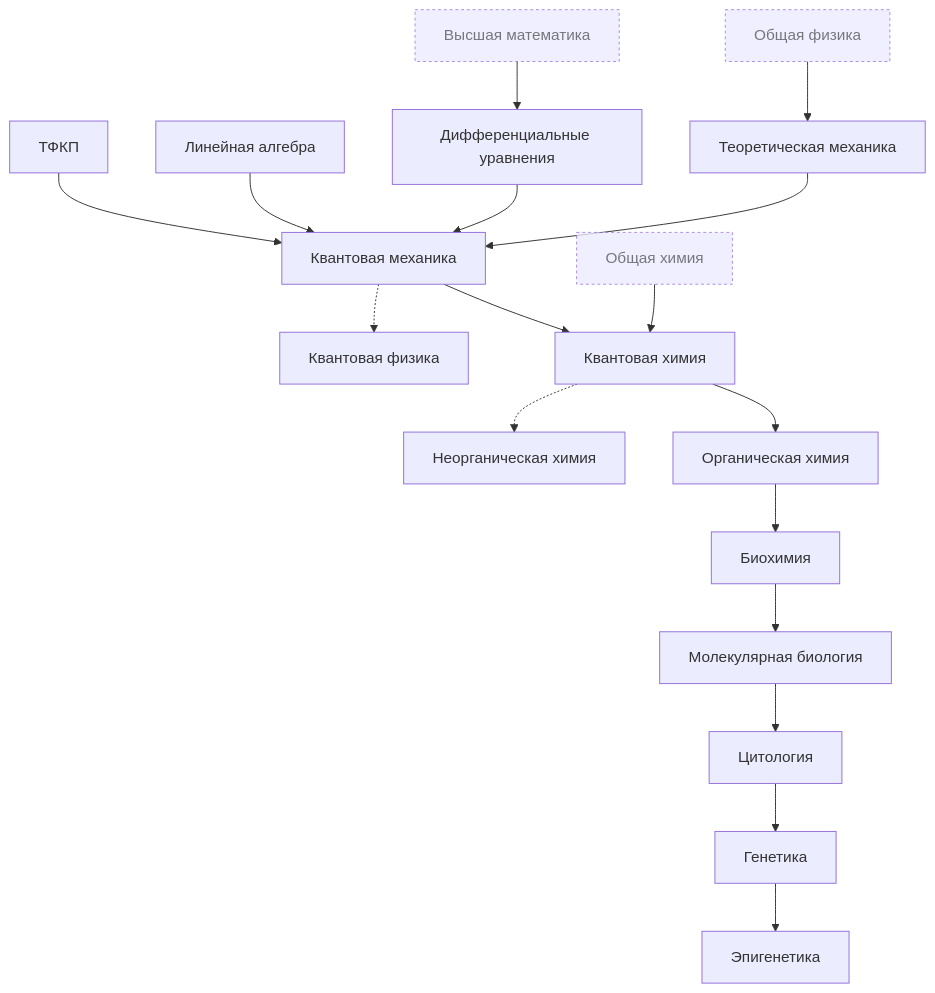
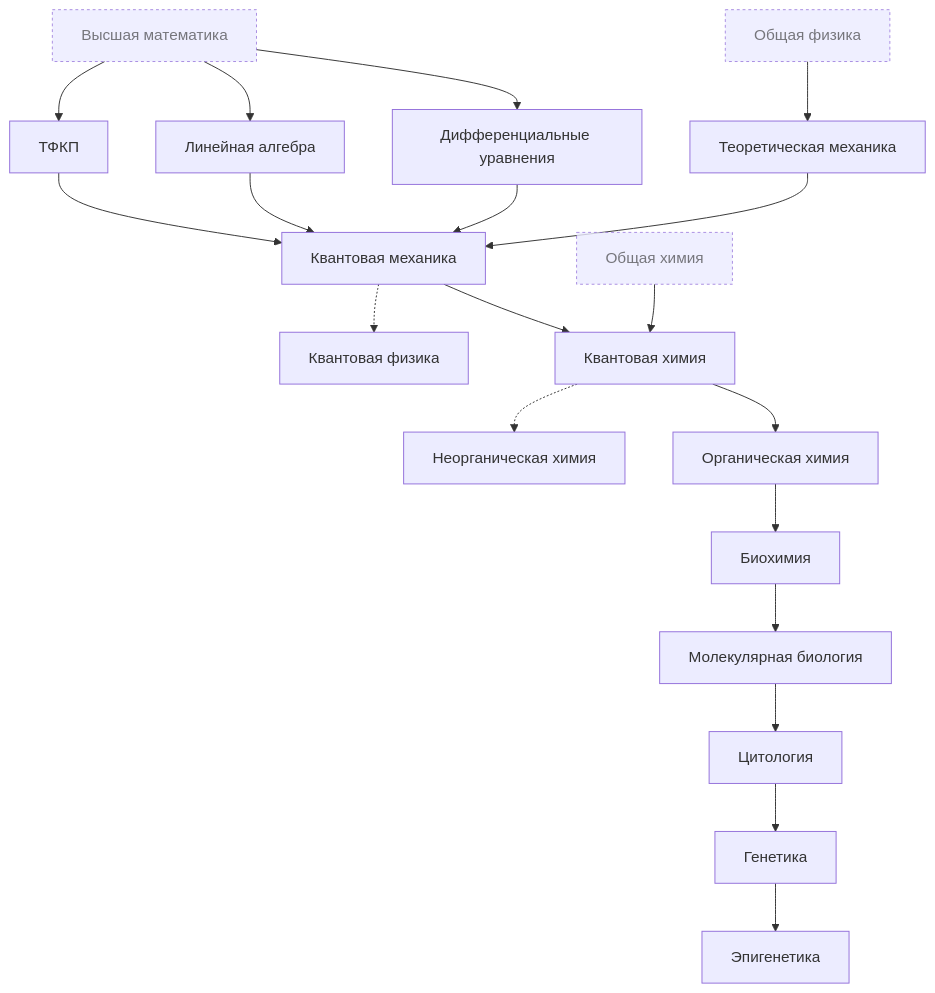
Before and after one commit to prozion/anti-aging-education: the diagram in learning-tracks.md, drawn with Mermaid.

````diff
--- a/learning-tracks.md
+++ b/learning-tracks.md
@@ -7,34 +7,36 @@
 ```mermaid
 flowchart TD;
     Mgen[Высшая математика]:::cond;
     Linal[Линейная алгебра]
     Diffur[Дифференциальные уравнения]
     Tfkp[ТФКП]
     Phgen[Общая физика]:::cond;
     Teormech[Теоретическая механика]
     Qmech[Квантовая механика];
     Phq[Квантовая физика];
     Chgen[Общая химия]:::cond;
     Chnorg[Неорганическая химия];
     Chorg[Органическая химия];
     Chq[Квантовая химия];
     Bioch[Биохимия];
     Molb[Молекулярная биология]
     Cyt[Цитология]
     Gen[Генетика]
     Epi[Эпигенетика]
 
     Chgen --> Chq --> Chorg --> Bioch --> Molb --> Cyt --> Gen --> Epi;
     Chq -.-> Chnorg;
     Phgen --> Teormech --> Qmech --> Chq;
     Mgen --> Diffur --> Qmech;
+    Mgen --> Linal;
+    Mgen --> Tfkp;
     Qmech -.-> Phq;
     Linal --> Qmech;
     Tfkp --> Qmech;
 
     classDef cond stroke-dasharray:3,opacity:0.8;
 
     click Tfkp callback "Теория функций комплексного переменного"
     click Chorg href "https://github.com/prozion/anti-aging-education/#органическая-химия" _blank
     click Chq "https://github.com/prozion/anti-aging-education/#квантовая-химия" _blank
 ```
````
